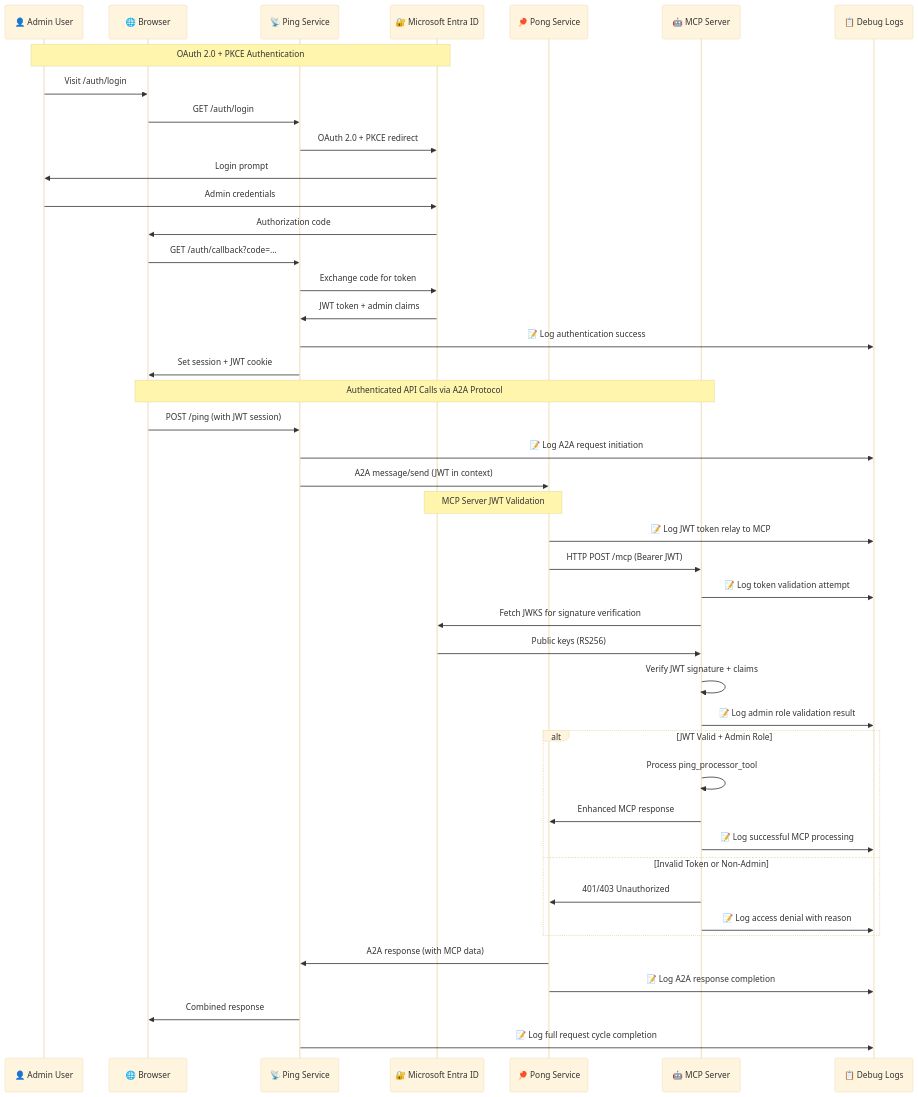
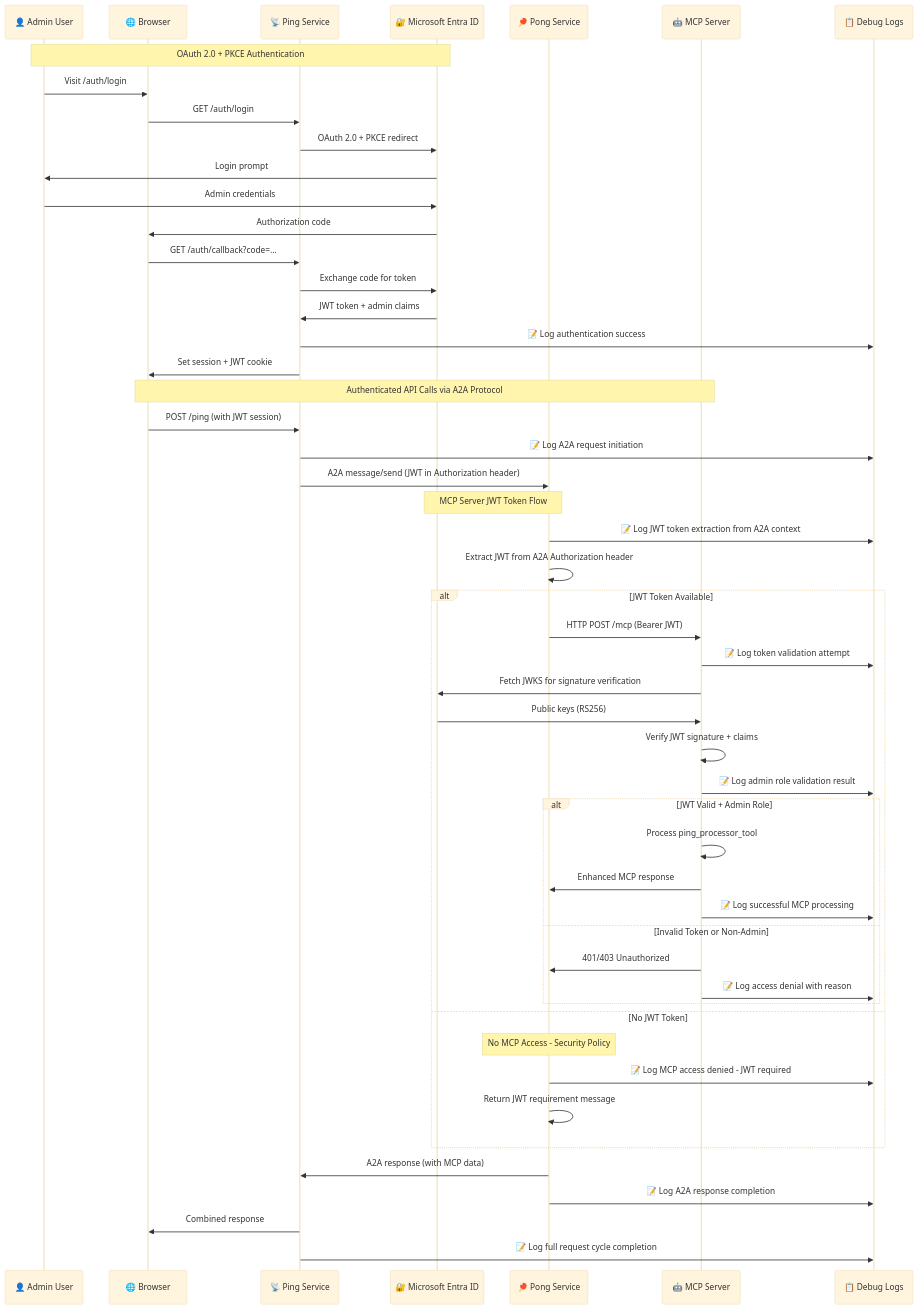
Before and after one commit to thangchung/mcp-labs: the fourth of 6 diagrams in a2a_mcp_auth/README.md, drawn with Mermaid (base theme). The commit also changed other lines of this file and 12 other files, not shown here.

Commit message:
feat: Enhance A2A Pong service with JWKS-based JWT validation and MCP integration

````diff
--- a/a2a_mcp_auth/README.md
+++ b/a2a_mcp_auth/README.md
@@ -401,54 +576,62 @@
 ```mermaid
 sequenceDiagram
     participant User as 👤 Admin User
     participant Browser as 🌐 Browser
     participant PingService as 📡 Ping Service
     participant EntraID as 🔐 Microsoft Entra ID
     participant PongService as 🏓 Pong Service
     participant MCPServer as 🤖 MCP Server
     participant DebugLogs as 📋 Debug Logs
 
     %% OAuth 2.0 + PKCE Flow
     Note over User,EntraID: OAuth 2.0 + PKCE Authentication
     User->>Browser: Visit /auth/login
     Browser->>PingService: GET /auth/login
     PingService->>EntraID: OAuth 2.0 + PKCE redirect
     EntraID->>User: Login prompt
     User->>EntraID: Admin credentials
     EntraID->>Browser: Authorization code
     Browser->>PingService: GET /auth/callback?code=...
     PingService->>EntraID: Exchange code for token
     EntraID->>PingService: JWT token + admin claims
     PingService->>DebugLogs: 📝 Log authentication success
     PingService->>Browser: Set session + JWT cookie
     
     %% A2A Protocol Communication
     Note over Browser,MCPServer: Authenticated API Calls via A2A Protocol
     Browser->>PingService: POST /ping (with JWT session)
     PingService->>DebugLogs: 📝 Log A2A request initiation
-    PingService->>PongService: A2A message/send (JWT in context)
+    PingService->>PongService: A2A message/send (JWT in Authorization header)
     
-    %% JWT Token Relay & Validation
-    Note over PongService,EntraID: MCP Server JWT Validation
-    PongService->>DebugLogs: 📝 Log JWT token relay to MCP
-    PongService->>MCPServer: HTTP POST /mcp (Bearer JWT)
-    MCPServer->>DebugLogs: 📝 Log token validation attempt
-    MCPServer->>EntraID: Fetch JWKS for signature verification
-    EntraID->>MCPServer: Public keys (RS256)
-    MCPServer->>MCPServer: Verify JWT signature + claims
-    MCPServer->>DebugLogs: 📝 Log admin role validation result
+    %% JWT Token Extraction & Relay
+    Note over PongService,EntraID: MCP Server JWT Token Flow
+    PongService->>DebugLogs: 📝 Log JWT token extraction from A2A context
+    PongService->>PongService: Extract JWT from A2A Authorization header
     
-    alt JWT Valid + Admin Role
-        MCPServer->>MCPServer: Process ping_processor_tool
-        MCPServer->>PongService: Enhanced MCP response
-        MCPServer->>DebugLogs: 📝 Log successful MCP processing
-    else Invalid Token or Non-Admin
-        MCPServer->>PongService: 401/403 Unauthorized
-        MCPServer->>DebugLogs: 📝 Log access denial with reason
+    alt JWT Token Available
+        PongService->>MCPServer: HTTP POST /mcp (Bearer JWT)
+        MCPServer->>DebugLogs: 📝 Log token validation attempt
+        MCPServer->>EntraID: Fetch JWKS for signature verification
+        EntraID->>MCPServer: Public keys (RS256)
+        MCPServer->>MCPServer: Verify JWT signature + claims
+        MCPServer->>DebugLogs: 📝 Log admin role validation result
+        
+        alt JWT Valid + Admin Role
+            MCPServer->>MCPServer: Process ping_processor_tool
+            MCPServer->>PongService: Enhanced MCP response
+            MCPServer->>DebugLogs: 📝 Log successful MCP processing
+        else Invalid Token or Non-Admin
+            MCPServer->>PongService: 401/403 Unauthorized
+            MCPServer->>DebugLogs: 📝 Log access denial with reason
+        end
+    else No JWT Token
+        Note over PongService: No MCP Access - Security Policy
+        PongService->>DebugLogs: 📝 Log MCP access denied - JWT required
+        PongService->>PongService: Return JWT requirement message
     end
     
     PongService->>PingService: A2A response (with MCP data)
     PongService->>DebugLogs: 📝 Log A2A response completion
     PingService->>Browser: Combined response
     PingService->>DebugLogs: 📝 Log full request cycle completion
 ```
````
